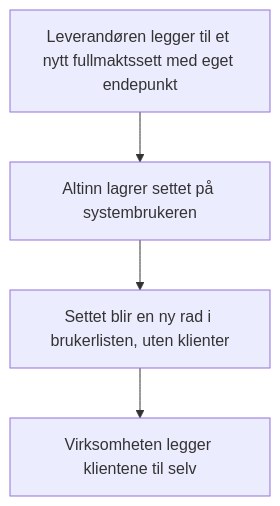
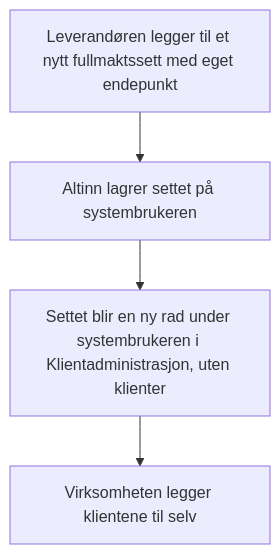
One commit to Altinn/altinn-studio-docs changed the fifth of 7 diagrams in content/authorization/guides/system-vendor/system-user/beslutningstre.nb.md. Above: the diagram before and after it, drawn with Mermaid. The commit also changed other lines of this file and 2 other files, not shown here.

First line of the commit message:
Systembruker: settene står i Klientadministrasjon, ikke i brukerlisten (#3404)

```diff
--- a/content/authorization/guides/system-vendor/system-user/beslutningstre.nb.md
+++ b/content/authorization/guides/system-vendor/system-user/beslutningstre.nb.md
@@ -105,6 +105,6 @@
 {{< mermaid >}}
 graph TD
   ADD["Leverandøren legger til et nytt fullmaktssett med eget endepunkt"] --> STORED["Altinn lagrer settet på systembrukeren"]
-  STORED --> ROW["Settet blir en ny rad i brukerlisten, uten klienter"]
+  STORED --> ROW["Settet blir en ny rad under systembrukeren i Klientadministrasjon, uten klienter"]
   ROW --> CLIENTS["Virksomheten legger klientene til selv"]
 {{< /mermaid >}}
```
